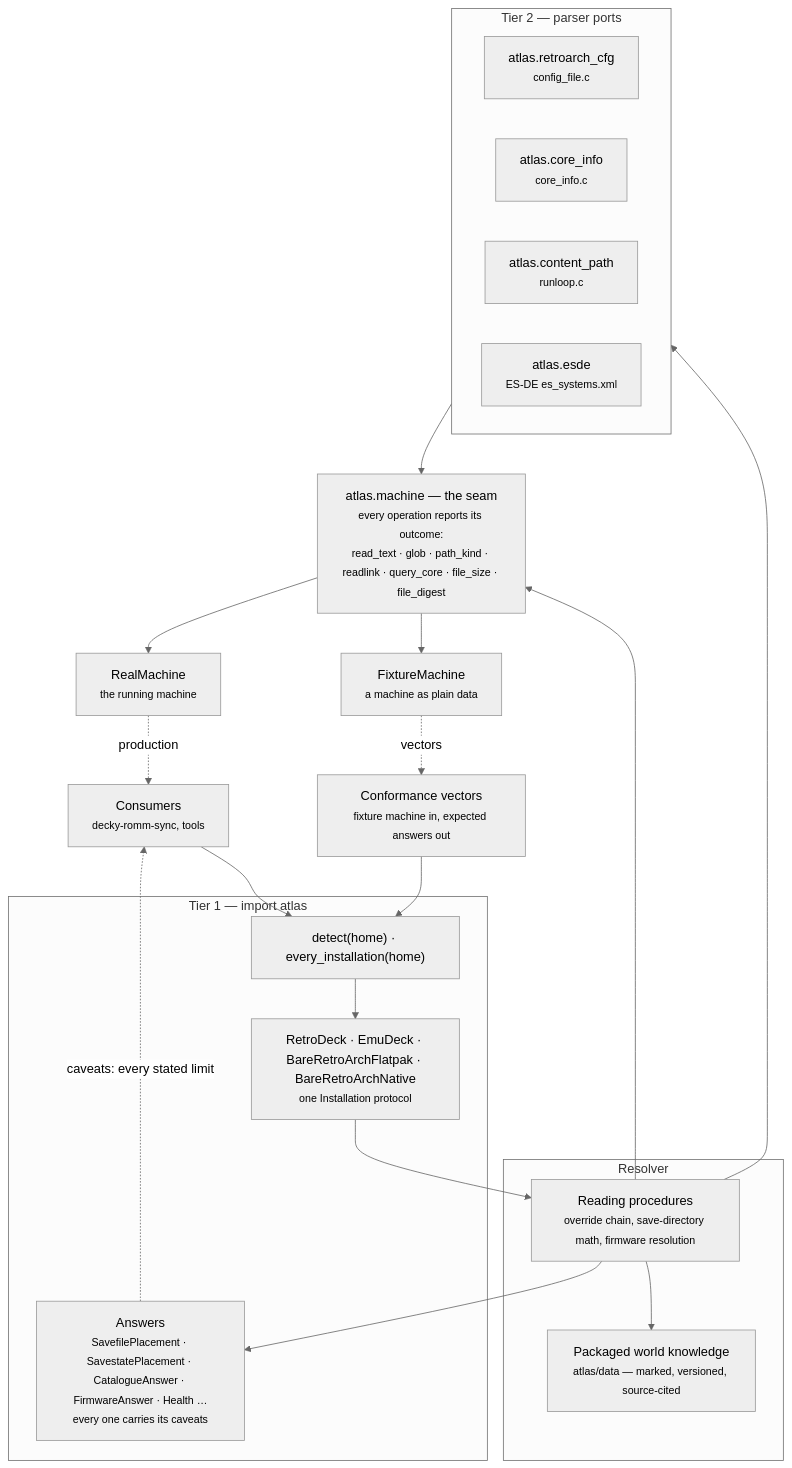
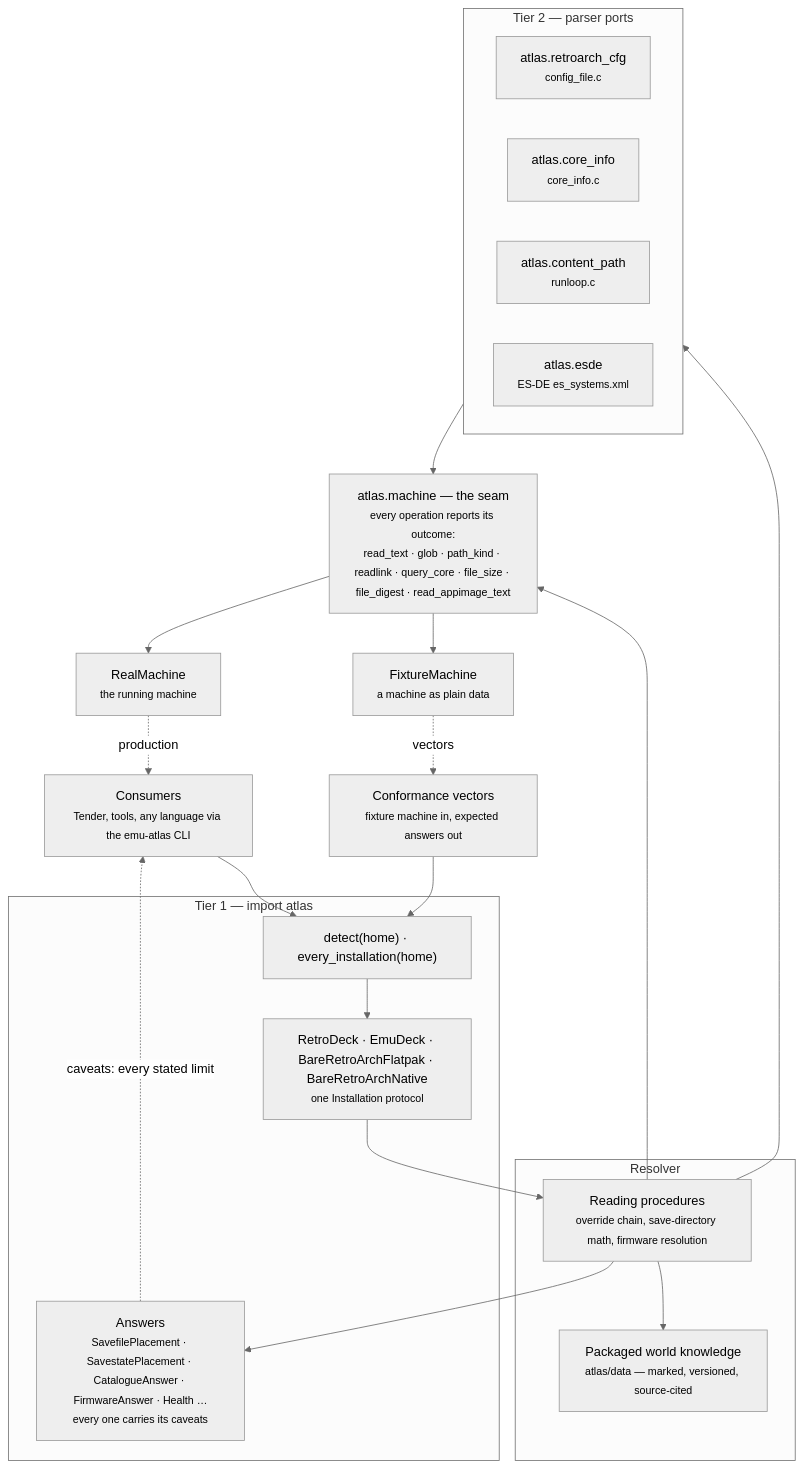
Before and after one commit to danielcopper/emu-atlas: the first of 3 diagrams in docs/architecture.md, drawn with Mermaid (neutral theme). The commit also changed other lines of this file and 7 other files, not shown here.

````diff
--- a/docs/architecture.md
+++ b/docs/architecture.md
@@ -12,42 +12,42 @@
 ```mermaid
 flowchart TB
-    consumers["Consumers<br/><small>decky-romm-sync, tools</small>"]
+    consumers["Consumers<br/><small>Tender, tools, any language via the emu-atlas CLI</small>"]
     vectors["Conformance vectors<br/><small>fixture machine in, expected answers out</small>"]
 
     subgraph api["Tier 1 — import atlas"]
         entry["detect(home) · every_installation(home)"]
         handles["RetroDeck · EmuDeck · BareRetroArchFlatpak · BareRetroArchNative<br/><small>one Installation protocol</small>"]
         answers["Answers<br/><small>SavefilePlacement · SavestatePlacement · CatalogueAnswer · FirmwareAnswer · Health …<br/>every one carries its caveats</small>"]
     end
 
     subgraph resolver["Resolver"]
         rules["Reading procedures<br/><small>override chain, save-directory math, firmware resolution</small>"]
         knowledge["Packaged world knowledge<br/><small>atlas/data — marked, versioned, source-cited</small>"]
     end
 
     subgraph parsers["Tier 2 — parser ports"]
         cfg["atlas.retroarch_cfg<br/><small>config_file.c</small>"]
         info["atlas.core_info<br/><small>core_info.c</small>"]
         path["atlas.content_path<br/><small>runloop.c</small>"]
         esde["atlas.esde<br/><small>ES-DE es_systems.xml</small>"]
     end
 
-    seam["atlas.machine — the seam<br/><small>every operation reports its outcome:<br/>read_text · glob · path_kind · readlink · query_core · file_size · file_digest</small>"]
+    seam["atlas.machine — the seam<br/><small>every operation reports its outcome:<br/>read_text · glob · path_kind · readlink · query_core · file_size · file_digest · read_appimage_text</small>"]
     real["RealMachine<br/><small>the running machine</small>"]
     fixture["FixtureMachine<br/><small>a machine as plain data</small>"]
 
     consumers --> entry
     vectors --> entry
     entry --> handles
     handles --> rules
     rules --> parsers
     rules --> knowledge
     rules --> answers
     answers -.->|"caveats: every stated limit"| consumers
     parsers --> seam
     rules --> seam
     seam --> real
     seam --> fixture
     real -.->|production| consumers
     fixture -.->|vectors| vectors
 ```
````
